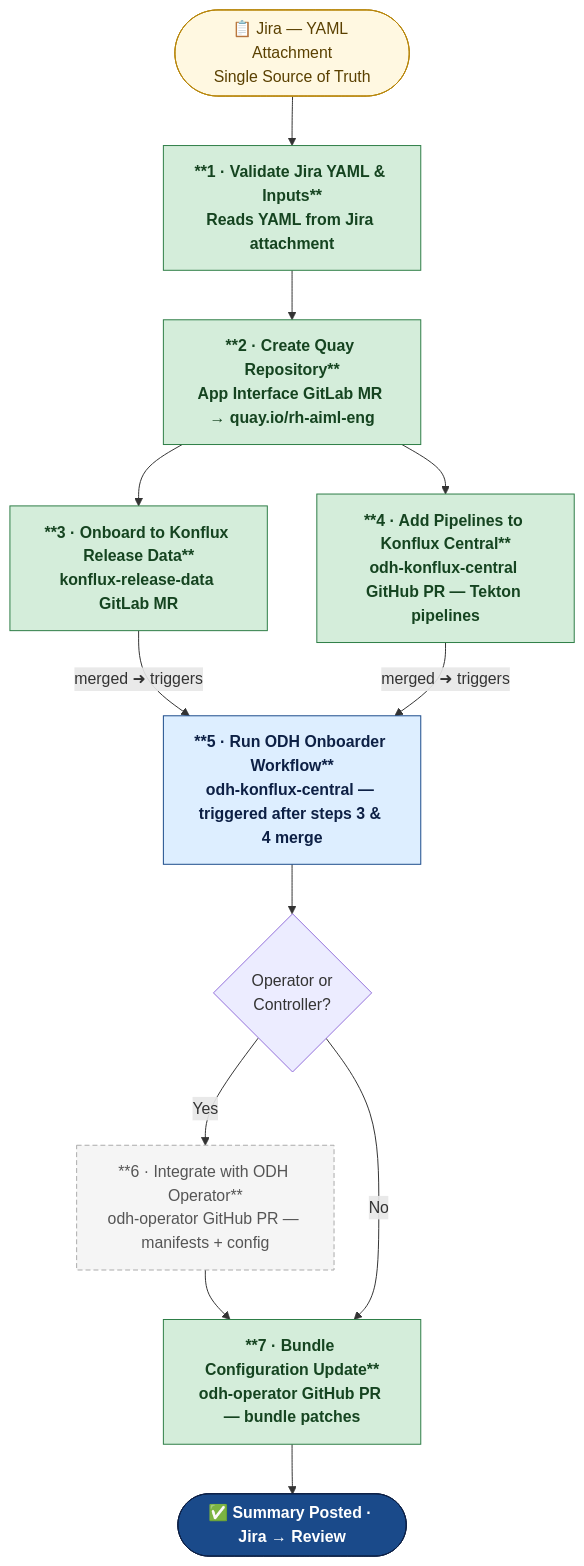
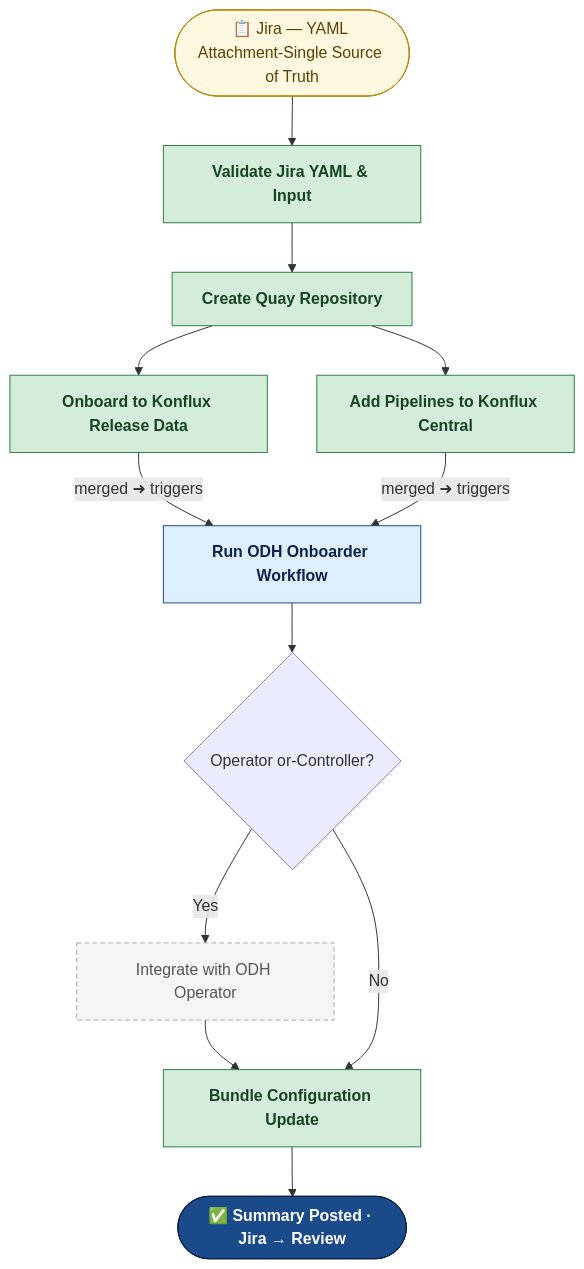
One commit to opendatahub-io/aiops-infra changed the first of 3 diagrams in docs/rfds/odh-component-onboarding/flow-diagrams.md. Above: the diagram before and after it, drawn with Mermaid. The commit also changed other lines of this file and 5 other files, not shown here.

````diff
--- a/docs/rfds/odh-component-onboarding/flow-diagrams.md
+++ b/docs/rfds/odh-component-onboarding/flow-diagrams.md
@@ -7,27 +7,27 @@
 ```mermaid
 flowchart TD
     classDef both      fill:#D4EDDA,stroke:#2D7D46,color:#154420,font-weight:bold
     classDef odhOnly   fill:#DDEEFF,stroke:#1A4A8A,color:#0d2045,font-weight:bold
     classDef cond      fill:#F5F5F5,stroke:#AAAAAA,color:#555555,stroke-dasharray:5 3
     classDef jira      fill:#FFF8E1,stroke:#B8860B,color:#5a4000
     classDef done      fill:#1A4A8A,stroke:#0d2045,color:#FFFFFF,font-weight:bold
 
-    JIRA([📋 Jira — YAML Attachment\nSingle Source of Truth]):::jira
+    JIRA([📋 Jira — YAML Attachment-Single Source of Truth]):::jira
 
-    S1["**1 · Validate Jira YAML & Inputs**\nReads YAML from Jira attachment"]:::both
-    S2["**2 · Create Quay Repository**\nApp Interface GitLab MR → quay.io/rh-aiml-eng"]:::both
-    S3["**3 · Onboard to Konflux Release Data**\nkonflux-release-data GitLab MR"]:::both
-    S4["**4 · Add Pipelines to Konflux Central**\nodh-konflux-central GitHub PR — Tekton pipelines"]:::both
-    S5["**5 · Run ODH Onboarder Workflow**\nodh-konflux-central — triggered after steps 3 & 4 merge"]:::odhOnly
-    OP{Operator or\nController?}
-    S6["**6 · Integrate with ODH Operator**\nodh-operator GitHub PR — manifests + config"]:::cond
-    S7["**7 · Bundle Configuration Update**\nodh-operator GitHub PR — bundle patches"]:::both
-    DONE(["✅ Summary Posted · Jira → Review"]):::done
+    S1[Validate Jira YAML & Input]:::both
+    S2[Create Quay Repository]:::both
+    S3[Onboard to Konflux Release Data]:::both
+    S4[Add Pipelines to Konflux Central]:::both
+    S5[Run ODH Onboarder Workflow]:::odhOnly
+    OP{Operator or-Controller?}
+    S6[Integrate with ODH Operator]:::cond
+    S7[Bundle Configuration Update]:::both
+    DONE([✅ Summary Posted · Jira → Review]):::done
 
     JIRA --> S1 --> S2 --> S3 & S4
     S3 & S4 -->|"merged ➜ triggers"| S5
     S5 --> OP
     OP -->|Yes| S6 --> S7
     OP -->|No| S7
     S7 --> DONE
 ```
````
